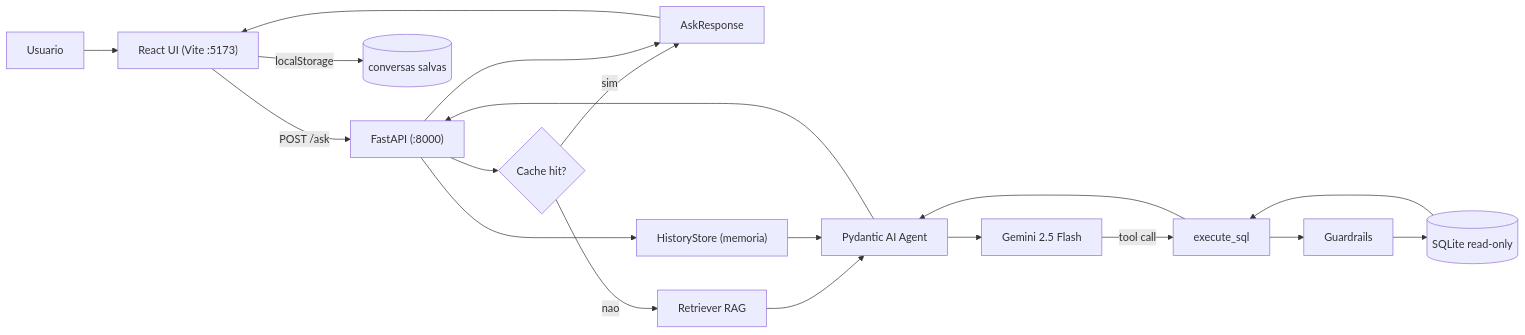
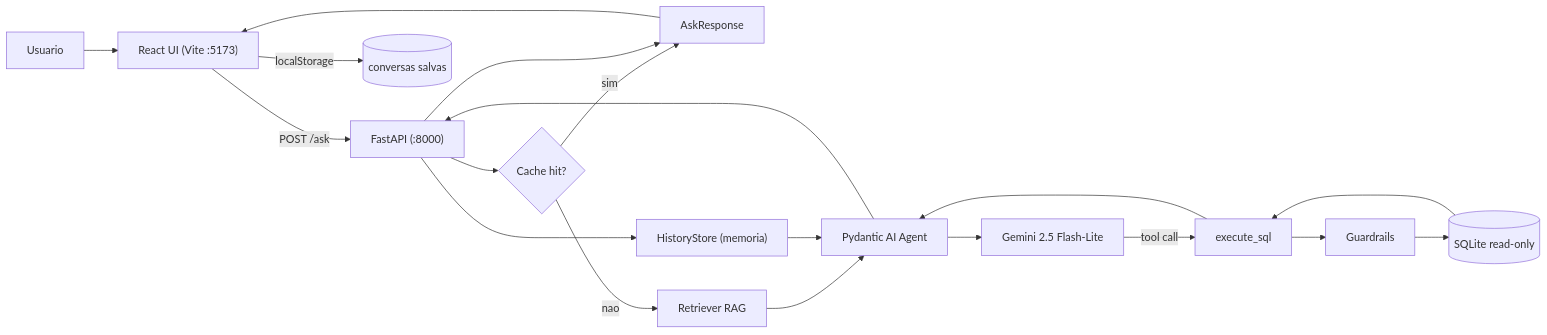
One commit to SilvioFittipald1/Atividade-GenAI changed the diagram in README.md. Above: the diagram before and after it, drawn with Mermaid. The commit also changed other lines of this file and 3 other files, not shown here.

````diff
--- a/README.md
+++ b/README.md
@@ -102,17 +102,17 @@
 ```mermaid
 flowchart LR
   U["Usuario"] --> FE["React UI (Vite :5173)"]
   FE -->|"POST /ask"| BE["FastAPI (:8000)"]
   BE --> Cache{"Cache hit?"}
   Cache -->|"sim"| Resp["AskResponse"]
   Cache -->|"nao"| RAG["Retriever RAG"]
   RAG --> AG["Pydantic AI Agent"]
   BE --> HS["HistoryStore (memoria)"]
   HS --> AG
-  AG --> G["Gemini 2.5 Flash"]
+  AG --> G["Gemini 2.5 Flash-Lite"]
   G -->|"tool call"| T["execute_sql"]
   T --> GR["Guardrails"]
   GR --> DB[("SQLite read-only")]
   DB --> T --> AG --> BE --> Resp --> FE
   FE -->|"localStorage"| LS[("conversas salvas")]
 ```
````
